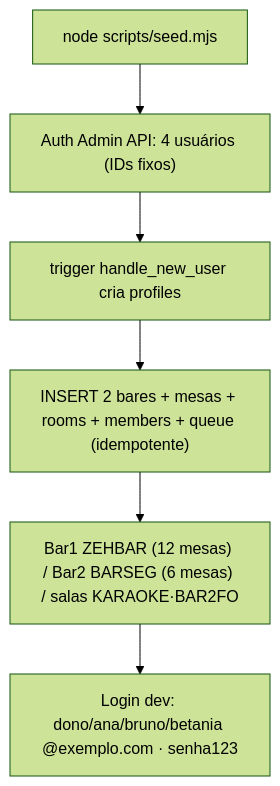
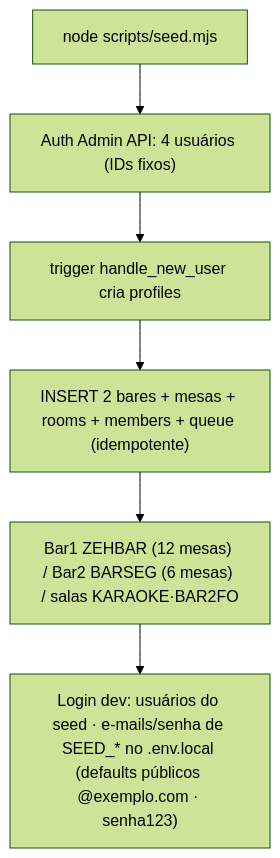
One commit to cavalcanteprofissional/karaoke-flow changed the eighth of 8 diagrams in docs/flows/banco-de-dados.md. Above: the diagram before and after it, drawn with Mermaid (forest theme). The commit also changed other lines of this file and 17 other files, not shown here.

First line of the commit message:
feat: credenciais do seed por env + cruzamento e-mail/senha ↔ GitHub e view profiles_public segura (Fase 8b·ter)

````diff
--- a/docs/flows/banco-de-dados.md
+++ b/docs/flows/banco-de-dados.md
@@ -314,8 +316,8 @@
 ```mermaid
 flowchart TD
     A["node scripts/seed.mjs"] --> B["Auth Admin API: 4 usuários (IDs fixos)"]
     B --> C["trigger handle_new_user cria profiles"]
     C --> D["INSERT 2 bares + mesas + rooms + members + queue (idempotente)"]
     D --> E["Bar1 ZEHBAR (12 mesas) / Bar2 BARSEG (6 mesas) / salas KARAOKE·BAR2FO"]
-    E --> F["Login dev: dono/ana/bruno/betania @exemplo.com · senha123"]
+    E --> F["Login dev: usuários do seed · e-mails/senha de SEED_* no .env.local (defaults públicos @exemplo.com · senha123)"]
 ```
````
